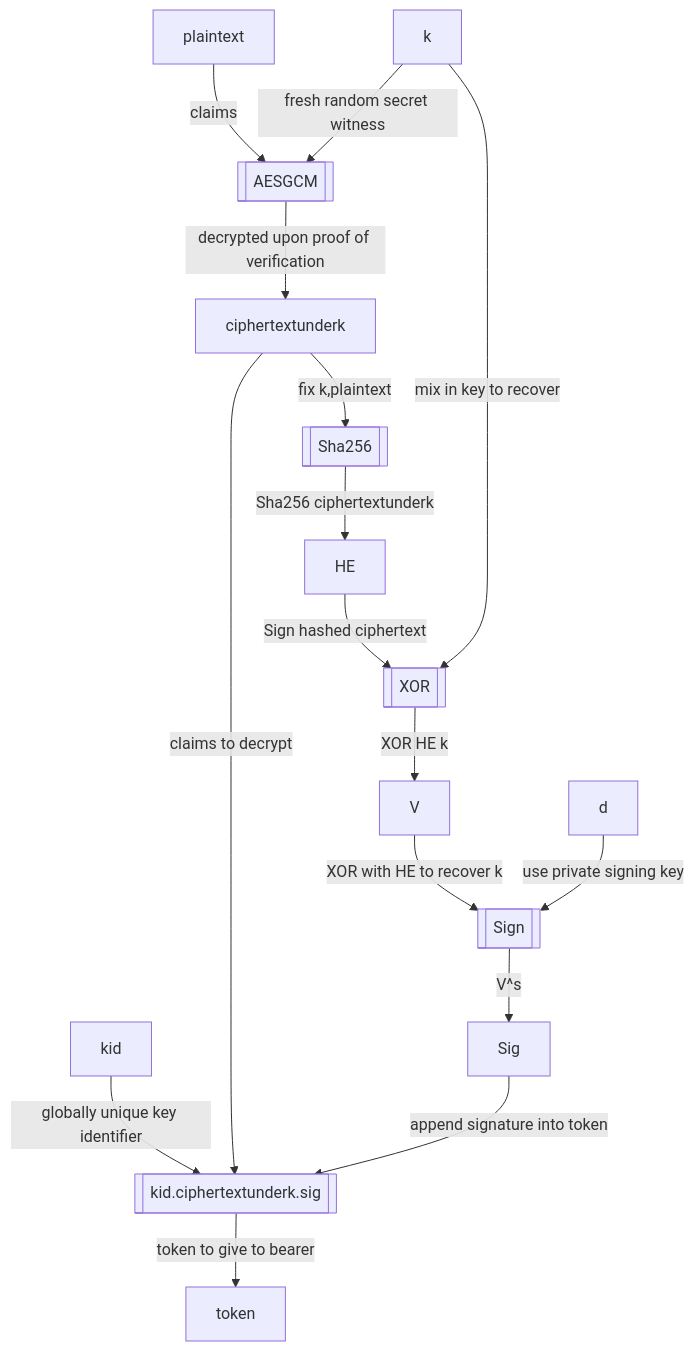
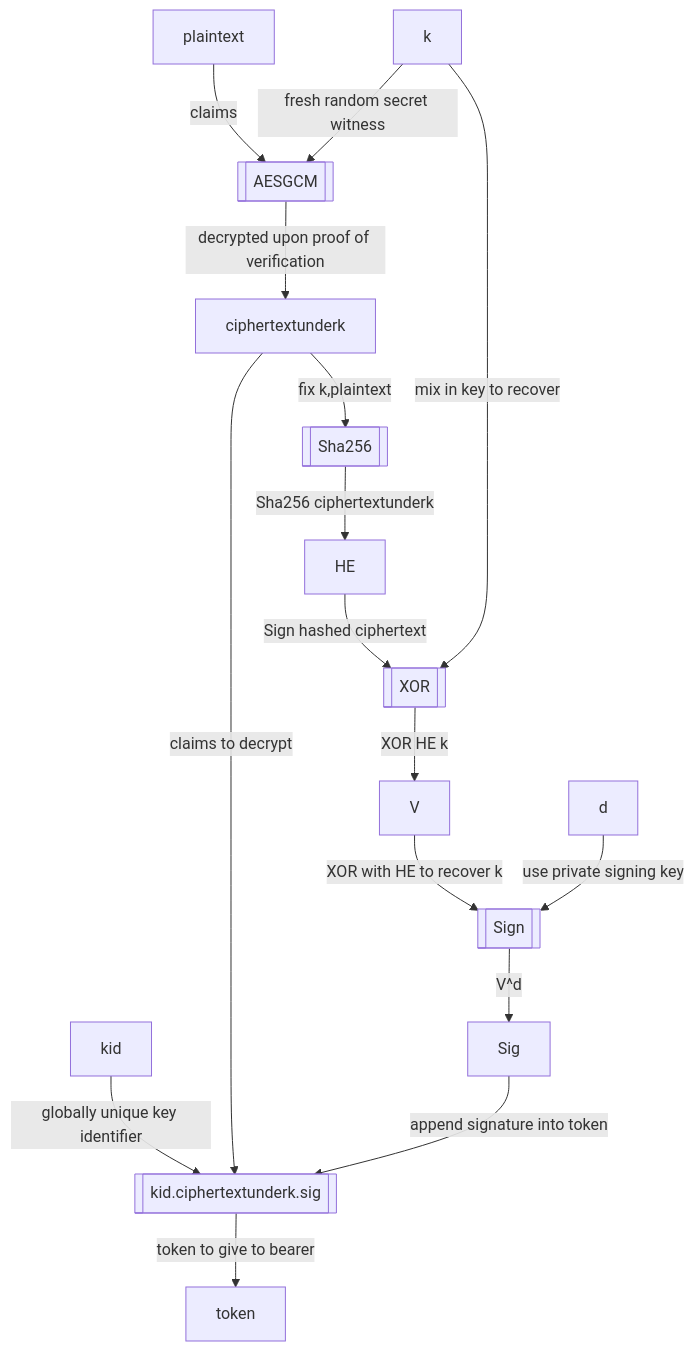
One commit to rfielding/whiskeyTango changed the second of 2 diagrams in README.md. Above: the diagram before and after it, drawn with Mermaid.

Commit message:
update diagram

````diff
--- a/README.md
+++ b/README.md
@@ -94,23 +94,23 @@
 ```mermaid
 flowchart TB
   AESGCM[[AESGCM]]
   APPENDB64WithDots[[kid.ciphertextunderk.sig]]
   plaintext-- claims -->AESGCM
   k-- fresh random secret witness -->AESGCM
   AESGCM-- decrypted upon proof of verification -->ciphertextunderk
   kid-- globally unique key identifier -->APPENDB64WithDots
   ciphertextunderk-- claims to decrypt -->APPENDB64WithDots
   APPENDB64WithDots-- token to give to bearer -->token
   Sha256[[Sha256]]
   ciphertextunderk-- fix k,plaintext -->Sha256
   XOR[[XOR]]
   Sign[[Sign]]
   Sha256-- Sha256 ciphertextunderk -->HE
   HE-- Sign hashed ciphertext  -->XOR
   k-- mix in key to recover -->XOR
   XOR-- XOR HE k -->V
   V-- XOR with HE to recover k -->Sign
   d-- use private signing key -->Sign
-  Sign-- V^s -->Sig
+  Sign-- V^d -->Sig
   Sig-- append signature into token -->APPENDB64WithDots
 ```
````
